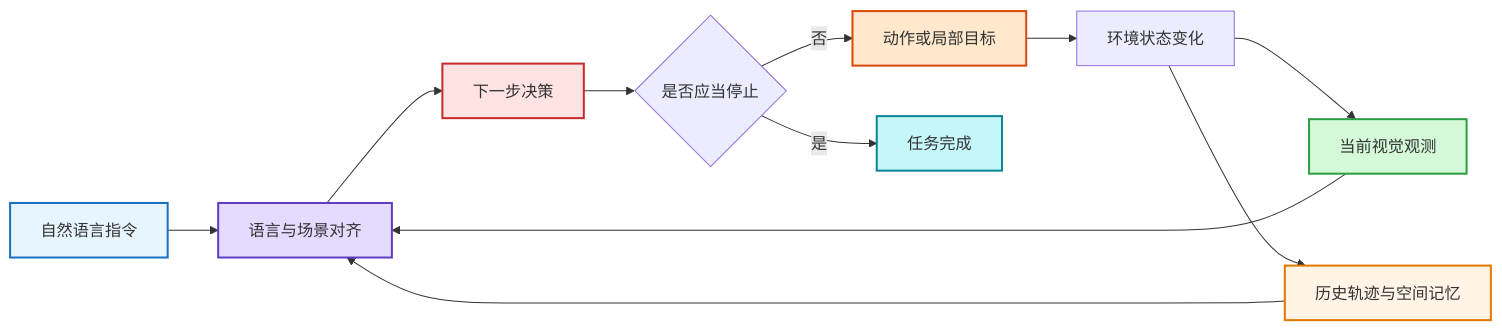
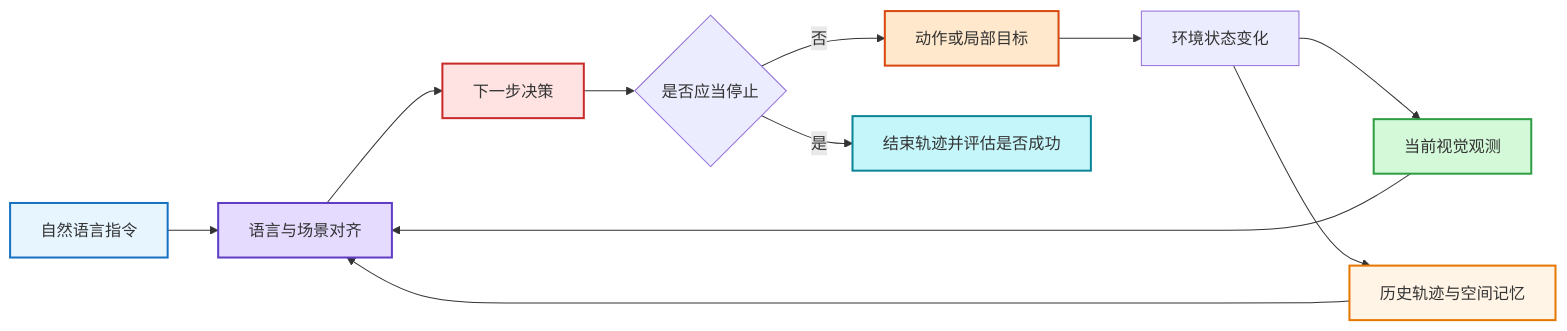
One commit to TingdeLiu/tingdeliu.github.io changed the first of 13 diagrams in _posts/research/2026-01-04-VLN-Survey.md. Above: the diagram before and after it, drawn with Mermaid. The commit also changed other lines of this file and 1 other file, not shown here.

````diff
--- a/_posts/research/2026-01-04-VLN-Survey.md
+++ b/_posts/research/2026-01-04-VLN-Survey.md
@@ -49,21 +61,21 @@
 ```mermaid
 flowchart LR
     I["自然语言指令"] --> G["语言与场景对齐"]
     O["当前视觉观测"] --> G
     H["历史轨迹与空间记忆"] --> G
     G --> D["下一步决策"]
     D --> S{"是否应当停止"}
     S -->|否| A["动作或局部目标"]
     A --> E["环境状态变化"]
     E --> O
     E --> H
-    S -->|是| Z["任务完成"]
+    S -->|是| Z["结束轨迹并评估是否成功"]
 
     style I fill:#e7f5ff,stroke:#1971c2,stroke-width:2px
     style O fill:#d3f9d8,stroke:#2f9e44,stroke-width:2px
     style H fill:#fff4e6,stroke:#e67700,stroke-width:2px
     style G fill:#e5dbff,stroke:#5f3dc4,stroke-width:2px
     style D fill:#ffe3e3,stroke:#c92a2a,stroke-width:2px
     style A fill:#ffe8cc,stroke:#d9480f,stroke-width:2px
     style Z fill:#c5f6fa,stroke:#0c8599,stroke-width:2px
 ```
````
